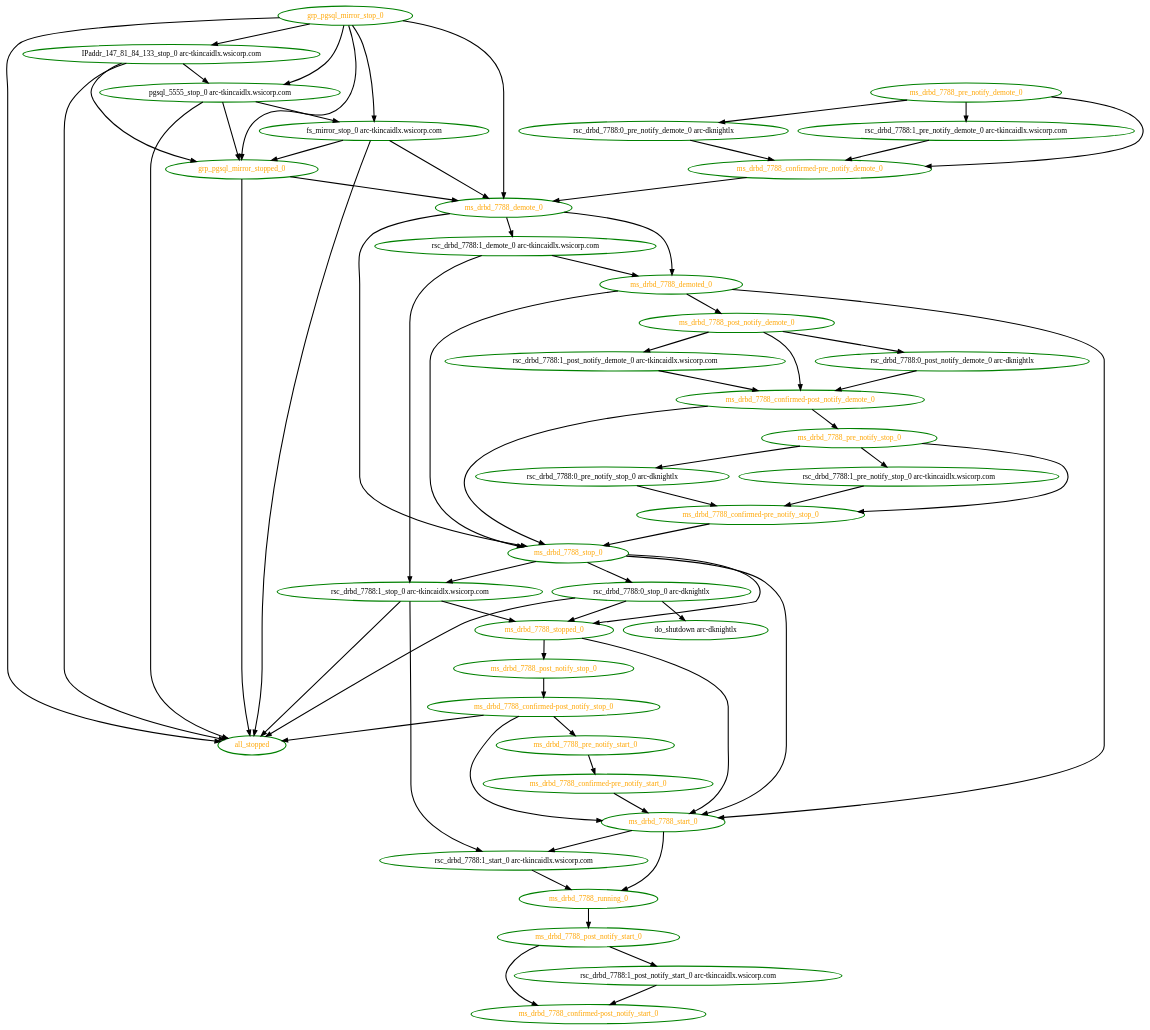
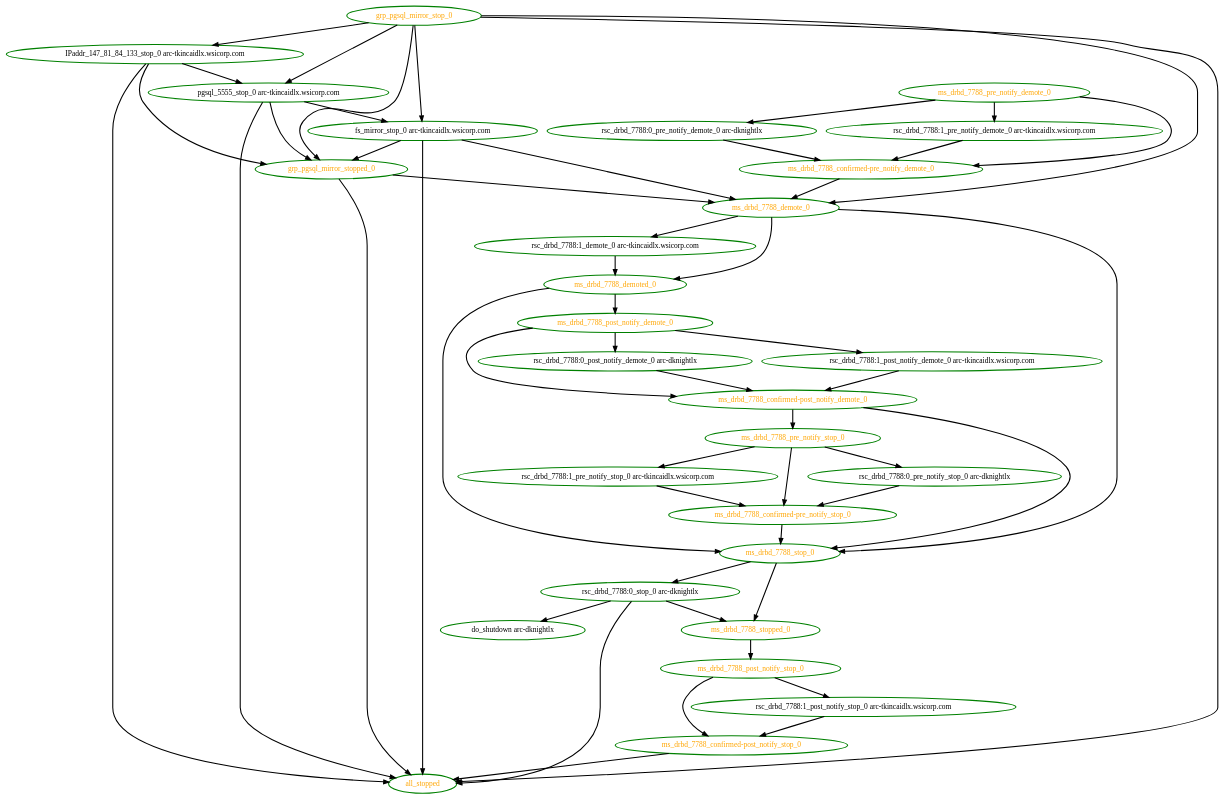
The diagram in crm/pengine/testcases/bug-1572-2.dot (richiewen8/heartbeat), drawn with Graphviz before and after one commit. The commit also changed 1 other file, not shown here.

```diff
--- a/crm/pengine/testcases/bug-1572-2.dot
+++ b/crm/pengine/testcases/bug-1572-2.dot
@@ -1,107 +1,82 @@
 digraph "g" {
 "IPaddr_147_81_84_133_stop_0 arc-tkincaidlx.wsicorp.com" -> "all_stopped" [ style = bold]
 "IPaddr_147_81_84_133_stop_0 arc-tkincaidlx.wsicorp.com" -> "grp_pgsql_mirror_stopped_0" [ style = bold]
 "IPaddr_147_81_84_133_stop_0 arc-tkincaidlx.wsicorp.com" -> "pgsql_5555_stop_0 arc-tkincaidlx.wsicorp.com" [ style = bold]
 "IPaddr_147_81_84_133_stop_0 arc-tkincaidlx.wsicorp.com" [ style=bold color="green" fontcolor="black"  ]
 "all_stopped" [ style=bold color="green" fontcolor="orange"  ]
 "do_shutdown arc-dknightlx" [ style=bold color="green" fontcolor="black"  ]
 "fs_mirror_stop_0 arc-tkincaidlx.wsicorp.com" -> "all_stopped" [ style = bold]
 "fs_mirror_stop_0 arc-tkincaidlx.wsicorp.com" -> "grp_pgsql_mirror_stopped_0" [ style = bold]
 "fs_mirror_stop_0 arc-tkincaidlx.wsicorp.com" -> "ms_drbd_7788_demote_0" [ style = bold]
 "fs_mirror_stop_0 arc-tkincaidlx.wsicorp.com" [ style=bold color="green" fontcolor="black"  ]
 "grp_pgsql_mirror_stop_0" -> "IPaddr_147_81_84_133_stop_0 arc-tkincaidlx.wsicorp.com" [ style = bold]
 "grp_pgsql_mirror_stop_0" -> "all_stopped" [ style = bold]
 "grp_pgsql_mirror_stop_0" -> "fs_mirror_stop_0 arc-tkincaidlx.wsicorp.com" [ style = bold]
 "grp_pgsql_mirror_stop_0" -> "grp_pgsql_mirror_stopped_0" [ style = bold]
 "grp_pgsql_mirror_stop_0" -> "ms_drbd_7788_demote_0" [ style = bold]
 "grp_pgsql_mirror_stop_0" -> "pgsql_5555_stop_0 arc-tkincaidlx.wsicorp.com" [ style = bold]
 "grp_pgsql_mirror_stop_0" [ style=bold color="green" fontcolor="orange"  ]
 "grp_pgsql_mirror_stopped_0" -> "all_stopped" [ style = bold]
 "grp_pgsql_mirror_stopped_0" -> "ms_drbd_7788_demote_0" [ style = bold]
 "grp_pgsql_mirror_stopped_0" [ style=bold color="green" fontcolor="orange"  ]
 "ms_drbd_7788_confirmed-post_notify_demote_0" -> "ms_drbd_7788_pre_notify_stop_0" [ style = bold]
 "ms_drbd_7788_confirmed-post_notify_demote_0" -> "ms_drbd_7788_stop_0" [ style = bold]
 "ms_drbd_7788_confirmed-post_notify_demote_0" [ style=bold color="green" fontcolor="orange"  ]
-"ms_drbd_7788_confirmed-post_notify_start_0" [ style=bold color="green" fontcolor="orange"  ]
 "ms_drbd_7788_confirmed-post_notify_stop_0" -> "all_stopped" [ style = bold]
-"ms_drbd_7788_confirmed-post_notify_stop_0" -> "ms_drbd_7788_pre_notify_start_0" [ style = bold]
-"ms_drbd_7788_confirmed-post_notify_stop_0" -> "ms_drbd_7788_start_0" [ style = bold]
 "ms_drbd_7788_confirmed-post_notify_stop_0" [ style=bold color="green" fontcolor="orange"  ]
 "ms_drbd_7788_confirmed-pre_notify_demote_0" -> "ms_drbd_7788_demote_0" [ style = bold]
 "ms_drbd_7788_confirmed-pre_notify_demote_0" [ style=bold color="green" fontcolor="orange"  ]
-"ms_drbd_7788_confirmed-pre_notify_start_0" -> "ms_drbd_7788_start_0" [ style = bold]
-"ms_drbd_7788_confirmed-pre_notify_start_0" [ style=bold color="green" fontcolor="orange"  ]
 "ms_drbd_7788_confirmed-pre_notify_stop_0" -> "ms_drbd_7788_stop_0" [ style = bold]
 "ms_drbd_7788_confirmed-pre_notify_stop_0" [ style=bold color="green" fontcolor="orange"  ]
 "ms_drbd_7788_demote_0" -> "ms_drbd_7788_demoted_0" [ style = bold]
 "ms_drbd_7788_demote_0" -> "ms_drbd_7788_stop_0" [ style = bold]
 "ms_drbd_7788_demote_0" -> "rsc_drbd_7788:1_demote_0 arc-tkincaidlx.wsicorp.com" [ style = bold]
 "ms_drbd_7788_demote_0" [ style=bold color="green" fontcolor="orange"  ]
 "ms_drbd_7788_demoted_0" -> "ms_drbd_7788_post_notify_demote_0" [ style = bold]
-"ms_drbd_7788_demoted_0" -> "ms_drbd_7788_start_0" [ style = bold]
 "ms_drbd_7788_demoted_0" -> "ms_drbd_7788_stop_0" [ style = bold]
 "ms_drbd_7788_demoted_0" [ style=bold color="green" fontcolor="orange"  ]
 "ms_drbd_7788_post_notify_demote_0" -> "ms_drbd_7788_confirmed-post_notify_demote_0" [ style = bold]
 "ms_drbd_7788_post_notify_demote_0" -> "rsc_drbd_7788:0_post_notify_demote_0 arc-dknightlx" [ style = bold]
 "ms_drbd_7788_post_notify_demote_0" -> "rsc_drbd_7788:1_post_notify_demote_0 arc-tkincaidlx.wsicorp.com" [ style = bold]
 "ms_drbd_7788_post_notify_demote_0" [ style=bold color="green" fontcolor="orange"  ]
-"ms_drbd_7788_post_notify_start_0" -> "ms_drbd_7788_confirmed-post_notify_start_0" [ style = bold]
-"ms_drbd_7788_post_notify_start_0" -> "rsc_drbd_7788:1_post_notify_start_0 arc-tkincaidlx.wsicorp.com" [ style = bold]
-"ms_drbd_7788_post_notify_start_0" [ style=bold color="green" fontcolor="orange"  ]
 "ms_drbd_7788_post_notify_stop_0" -> "ms_drbd_7788_confirmed-post_notify_stop_0" [ style = bold]
+"ms_drbd_7788_post_notify_stop_0" -> "rsc_drbd_7788:1_post_notify_stop_0 arc-tkincaidlx.wsicorp.com" [ style = bold]
 "ms_drbd_7788_post_notify_stop_0" [ style=bold color="green" fontcolor="orange"  ]
 "ms_drbd_7788_pre_notify_demote_0" -> "ms_drbd_7788_confirmed-pre_notify_demote_0" [ style = bold]
 "ms_drbd_7788_pre_notify_demote_0" -> "rsc_drbd_7788:0_pre_notify_demote_0 arc-dknightlx" [ style = bold]
 "ms_drbd_7788_pre_notify_demote_0" -> "rsc_drbd_7788:1_pre_notify_demote_0 arc-tkincaidlx.wsicorp.com" [ style = bold]
 "ms_drbd_7788_pre_notify_demote_0" [ style=bold color="green" fontcolor="orange"  ]
-"ms_drbd_7788_pre_notify_start_0" -> "ms_drbd_7788_confirmed-pre_notify_start_0" [ style = bold]
-"ms_drbd_7788_pre_notify_start_0" [ style=bold color="green" fontcolor="orange"  ]
 "ms_drbd_7788_pre_notify_stop_0" -> "ms_drbd_7788_confirmed-pre_notify_stop_0" [ style = bold]
 "ms_drbd_7788_pre_notify_stop_0" -> "rsc_drbd_7788:0_pre_notify_stop_0 arc-dknightlx" [ style = bold]
 "ms_drbd_7788_pre_notify_stop_0" -> "rsc_drbd_7788:1_pre_notify_stop_0 arc-tkincaidlx.wsicorp.com" [ style = bold]
 "ms_drbd_7788_pre_notify_stop_0" [ style=bold color="green" fontcolor="orange"  ]
-"ms_drbd_7788_running_0" -> "ms_drbd_7788_post_notify_start_0" [ style = bold]
-"ms_drbd_7788_running_0" [ style=bold color="green" fontcolor="orange"  ]
-"ms_drbd_7788_start_0" -> "ms_drbd_7788_running_0" [ style = bold]
-"ms_drbd_7788_start_0" -> "rsc_drbd_7788:1_start_0 arc-tkincaidlx.wsicorp.com" [ style = bold]
-"ms_drbd_7788_start_0" [ style=bold color="green" fontcolor="orange"  ]
-"ms_drbd_7788_stop_0" -> "ms_drbd_7788_start_0" [ style = bold]
 "ms_drbd_7788_stop_0" -> "ms_drbd_7788_stopped_0" [ style = bold]
 "ms_drbd_7788_stop_0" -> "rsc_drbd_7788:0_stop_0 arc-dknightlx" [ style = bold]
-"ms_drbd_7788_stop_0" -> "rsc_drbd_7788:1_stop_0 arc-tkincaidlx.wsicorp.com" [ style = bold]
 "ms_drbd_7788_stop_0" [ style=bold color="green" fontcolor="orange"  ]
 "ms_drbd_7788_stopped_0" -> "ms_drbd_7788_post_notify_stop_0" [ style = bold]
-"ms_drbd_7788_stopped_0" -> "ms_drbd_7788_start_0" [ style = bold]
 "ms_drbd_7788_stopped_0" [ style=bold color="green" fontcolor="orange"  ]
 "pgsql_5555_stop_0 arc-tkincaidlx.wsicorp.com" -> "all_stopped" [ style = bold]
 "pgsql_5555_stop_0 arc-tkincaidlx.wsicorp.com" -> "fs_mirror_stop_0 arc-tkincaidlx.wsicorp.com" [ style = bold]
 "pgsql_5555_stop_0 arc-tkincaidlx.wsicorp.com" -> "grp_pgsql_mirror_stopped_0" [ style = bold]
 "pgsql_5555_stop_0 arc-tkincaidlx.wsicorp.com" [ style=bold color="green" fontcolor="black"  ]
 "rsc_drbd_7788:0_post_notify_demote_0 arc-dknightlx" -> "ms_drbd_7788_confirmed-post_notify_demote_0" [ style = bold]
 "rsc_drbd_7788:0_post_notify_demote_0 arc-dknightlx" [ style=bold color="green" fontcolor="black"  ]
 "rsc_drbd_7788:0_pre_notify_demote_0 arc-dknightlx" -> "ms_drbd_7788_confirmed-pre_notify_demote_0" [ style = bold]
 "rsc_drbd_7788:0_pre_notify_demote_0 arc-dknightlx" [ style=bold color="green" fontcolor="black"  ]
 "rsc_drbd_7788:0_pre_notify_stop_0 arc-dknightlx" -> "ms_drbd_7788_confirmed-pre_notify_stop_0" [ style = bold]
 "rsc_drbd_7788:0_pre_notify_stop_0 arc-dknightlx" [ style=bold color="green" fontcolor="black"  ]
 "rsc_drbd_7788:0_stop_0 arc-dknightlx" -> "all_stopped" [ style = bold]
 "rsc_drbd_7788:0_stop_0 arc-dknightlx" -> "do_shutdown arc-dknightlx" [ style = bold]
 "rsc_drbd_7788:0_stop_0 arc-dknightlx" -> "ms_drbd_7788_stopped_0" [ style = bold]
 "rsc_drbd_7788:0_stop_0 arc-dknightlx" [ style=bold color="green" fontcolor="black"  ]
 "rsc_drbd_7788:1_demote_0 arc-tkincaidlx.wsicorp.com" -> "ms_drbd_7788_demoted_0" [ style = bold]
-"rsc_drbd_7788:1_demote_0 arc-tkincaidlx.wsicorp.com" -> "rsc_drbd_7788:1_stop_0 arc-tkincaidlx.wsicorp.com" [ style = bold]
 "rsc_drbd_7788:1_demote_0 arc-tkincaidlx.wsicorp.com" [ style=bold color="green" fontcolor="black"  ]
 "rsc_drbd_7788:1_post_notify_demote_0 arc-tkincaidlx.wsicorp.com" -> "ms_drbd_7788_confirmed-post_notify_demote_0" [ style = bold]
 "rsc_drbd_7788:1_post_notify_demote_0 arc-tkincaidlx.wsicorp.com" [ style=bold color="green" fontcolor="black"  ]
-"rsc_drbd_7788:1_post_notify_start_0 arc-tkincaidlx.wsicorp.com" -> "ms_drbd_7788_confirmed-post_notify_start_0" [ style = bold]
-"rsc_drbd_7788:1_post_notify_start_0 arc-tkincaidlx.wsicorp.com" [ style=bold color="green" fontcolor="black"  ]
+"rsc_drbd_7788:1_post_notify_stop_0 arc-tkincaidlx.wsicorp.com" -> "ms_drbd_7788_confirmed-post_notify_stop_0" [ style = bold]
+"rsc_drbd_7788:1_post_notify_stop_0 arc-tkincaidlx.wsicorp.com" [ style=bold color="green" fontcolor="black"  ]
 "rsc_drbd_7788:1_pre_notify_demote_0 arc-tkincaidlx.wsicorp.com" -> "ms_drbd_7788_confirmed-pre_notify_demote_0" [ style = bold]
 "rsc_drbd_7788:1_pre_notify_demote_0 arc-tkincaidlx.wsicorp.com" [ style=bold color="green" fontcolor="black"  ]
 "rsc_drbd_7788:1_pre_notify_stop_0 arc-tkincaidlx.wsicorp.com" -> "ms_drbd_7788_confirmed-pre_notify_stop_0" [ style = bold]
 "rsc_drbd_7788:1_pre_notify_stop_0 arc-tkincaidlx.wsicorp.com" [ style=bold color="green" fontcolor="black"  ]
-"rsc_drbd_7788:1_start_0 arc-tkincaidlx.wsicorp.com" -> "ms_drbd_7788_running_0" [ style = bold]
-"rsc_drbd_7788:1_start_0 arc-tkincaidlx.wsicorp.com" [ style=bold color="green" fontcolor="black"  ]
-"rsc_drbd_7788:1_stop_0 arc-tkincaidlx.wsicorp.com" -> "all_stopped" [ style = bold]
-"rsc_drbd_7788:1_stop_0 arc-tkincaidlx.wsicorp.com" -> "ms_drbd_7788_stopped_0" [ style = bold]
-"rsc_drbd_7788:1_stop_0 arc-tkincaidlx.wsicorp.com" -> "rsc_drbd_7788:1_start_0 arc-tkincaidlx.wsicorp.com" [ style = bold]
-"rsc_drbd_7788:1_stop_0 arc-tkincaidlx.wsicorp.com" [ style=bold color="green" fontcolor="black"  ]
 }
```
